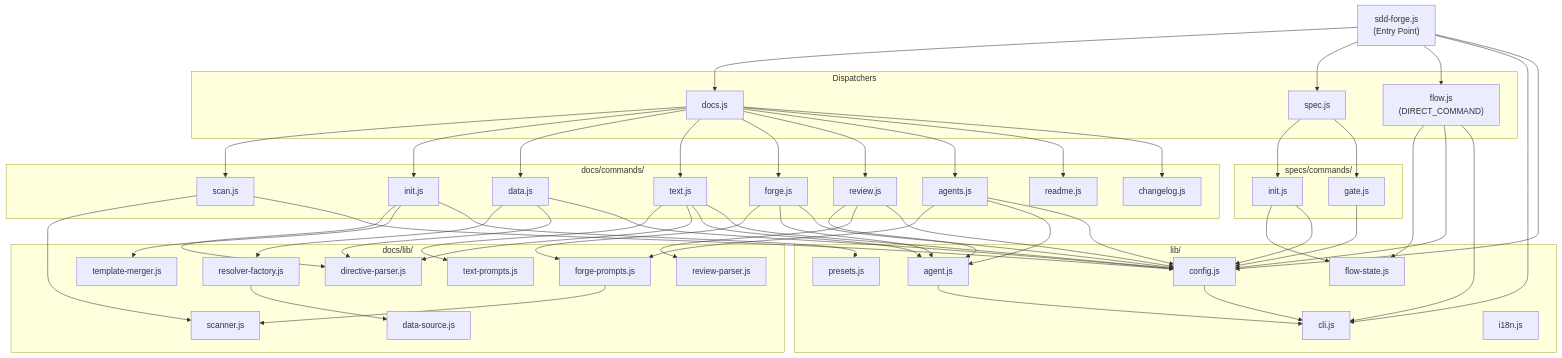
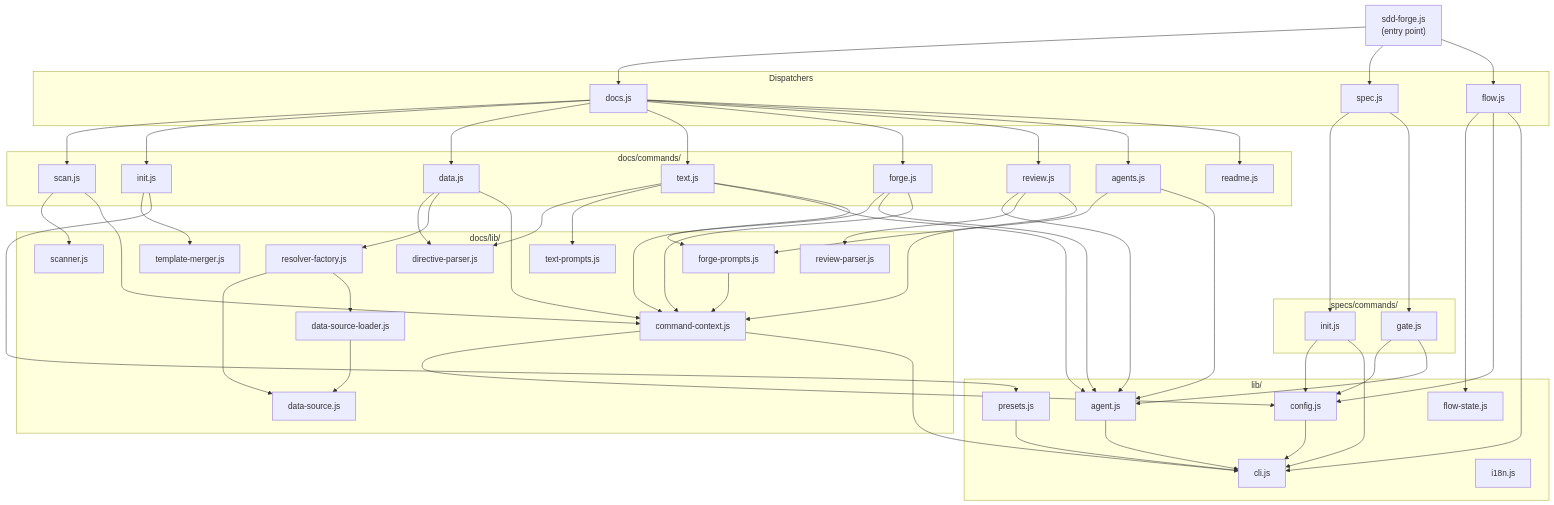
One commit to SpreadWorks/sdd-forge changed the diagram in docs/04_internal_design.md. Above: the diagram before and after it, drawn with Mermaid. The commit also changed other lines of this file and 5 other files, not shown here.

First line of the commit message:
docs: add Product Philosophy to AGENTS.md and update architecture discussion

````diff
--- a/docs/04_internal_design.md
+++ b/docs/04_internal_design.md
@@ -144,11 +131,11 @@
 ```mermaid
 graph TD
-    CLI["sdd-forge.js\n(Entry Point)"]
+    CLI["sdd-forge.js<br/>(entry point)"]
 
     subgraph Dispatchers
         DOCS["docs.js"]
         SPEC["spec.js"]
-        FLOW["flow.js\n(DIRECT_COMMAND)"]
+        FLOW["flow.js"]
     end
 
     subgraph DocsCommands["docs/commands/"]
@@ -160,39 +147,38 @@
         REVIEW["review.js"]
         AGENTS["agents.js"]
         README["readme.js"]
-        CLOG["changelog.js"]
     end
 
     subgraph SpecCommands["specs/commands/"]
-        SINIT["init.js"]
+        SPEC_INIT["init.js"]
         GATE["gate.js"]
+    end
+
+    subgraph DocLib["docs/lib/"]
+        SCANNER["scanner.js"]
+        DIRPARSER["directive-parser.js"]
+        TMPLMERGE["template-merger.js"]
+        FORGEPROMPTS["forge-prompts.js"]
+        TEXTPROMPTS["text-prompts.js"]
+        REVIEWPARSER["review-parser.js"]
+        DATASOURCE["data-source.js"]
+        RESOLVERFACT["resolver-factory.js"]
+        CMDCTX["command-context.js"]
+        DATASRCLOADER["data-source-loader.js"]
     end
 
     subgraph Lib["lib/"]
         AGENT["agent.js"]
-        CLIU["cli.js"]
+        CLIJS["cli.js"]
         CONFIG["config.js"]
-        FSTATE["flow-state.js"]
+        FLOWSTATE["flow-state.js"]
         PRESETS["presets.js"]
         I18N["i18n.js"]
-    end
-
-    subgraph DocsLib["docs/lib/"]
-        SCANNER["scanner.js"]
-        DIRPARSER["directive-parser.js"]
-        TMERGER["template-merger.js"]
-        FPROMPTS["forge-prompts.js"]
-        TPROMPTS["text-prompts.js"]
-        RPARSER["review-parser.js"]
-        DS["data-source.js"]
-        RFACTORY["resolver-factory.js"]
     end
 
     CLI --> DOCS
     CLI --> SPEC
     CLI --> FLOW
-    CLI --> CLIU
-    CLI --> CONFIG
 
     DOCS --> SCAN
     DOCS --> INIT
@@ -202,42 +188,46 @@
     DOCS --> REVIEW
     DOCS --> AGENTS
     DOCS --> README
-    DOCS --> CLOG
 
-    SPEC --> SINIT
+    SPEC --> SPEC_INIT
     SPEC --> GATE
 
     SCAN --> SCANNER
-    SCAN --> CONFIG
-    INIT --> DIRPARSER
-    INIT --> TMERGER
+    SCAN --> CMDCTX
+    DATA --> DIRPARSER
+    DATA --> RESOLVERFACT
+    DATA --> CMDCTX
+    TEXT --> DIRPARSER
+    TEXT --> TEXTPROMPTS
+    TEXT --> AGENT
+    TEXT --> CMDCTX
+    FORGE --> FORGEPROMPTS
+    FORGE --> AGENT
+    FORGE --> CMDCTX
+    REVIEW --> AGENT
+    REVIEW --> REVIEWPARSER
+    REVIEW --> CMDCTX
+    INIT --> TMPLMERGE
     INIT --> PRESETS
-    DATA --> RFACTORY
-    DATA --> DIRPARSER
-    DATA --> CONFIG
-    TEXT --> TPROMPTS
-    TEXT --> DIRPARSER
-    TEXT --> AGENT
-    TEXT --> CONFIG
-    FORGE --> FPROMPTS
-    FORGE --> AGENT
-    FORGE --> CONFIG
-    REVIEW --> AGENT
-    REVIEW --> RPARSER
-    REVIEW --> CONFIG
-    AGENTS --> FPROMPTS
+    AGENTS --> FORGEPROMPTS
     AGENTS --> AGENT
-    AGENTS --> CONFIG
 
-    RFACTORY --> DS
-    FPROMPTS --> SCANNER
-    FLOW --> FSTATE
+    RESOLVERFACT --> DATASOURCE
+    RESOLVERFACT --> DATASRCLOADER
+    DATASRCLOADER --> DATASOURCE
+    FORGEPROMPTS --> CMDCTX
+    CMDCTX --> CONFIG
+    CMDCTX --> CLIJS
+
+    SPEC_INIT --> CONFIG
+    SPEC_INIT --> CLIJS
+    GATE --> CONFIG
+    GATE --> AGENT
+    FLOW --> FLOWSTATE
     FLOW --> CONFIG
-    FLOW --> CLIU
-    SINIT --> FSTATE
-    SINIT --> CONFIG
-    GATE --> CONFIG
+    FLOW --> CLIJS
 
-    AGENT --> CLIU
-    CONFIG --> CLIU
+    AGENT --> CLIJS
+    CONFIG --> CLIJS
+    PRESETS --> CLIJS
 ```
````
